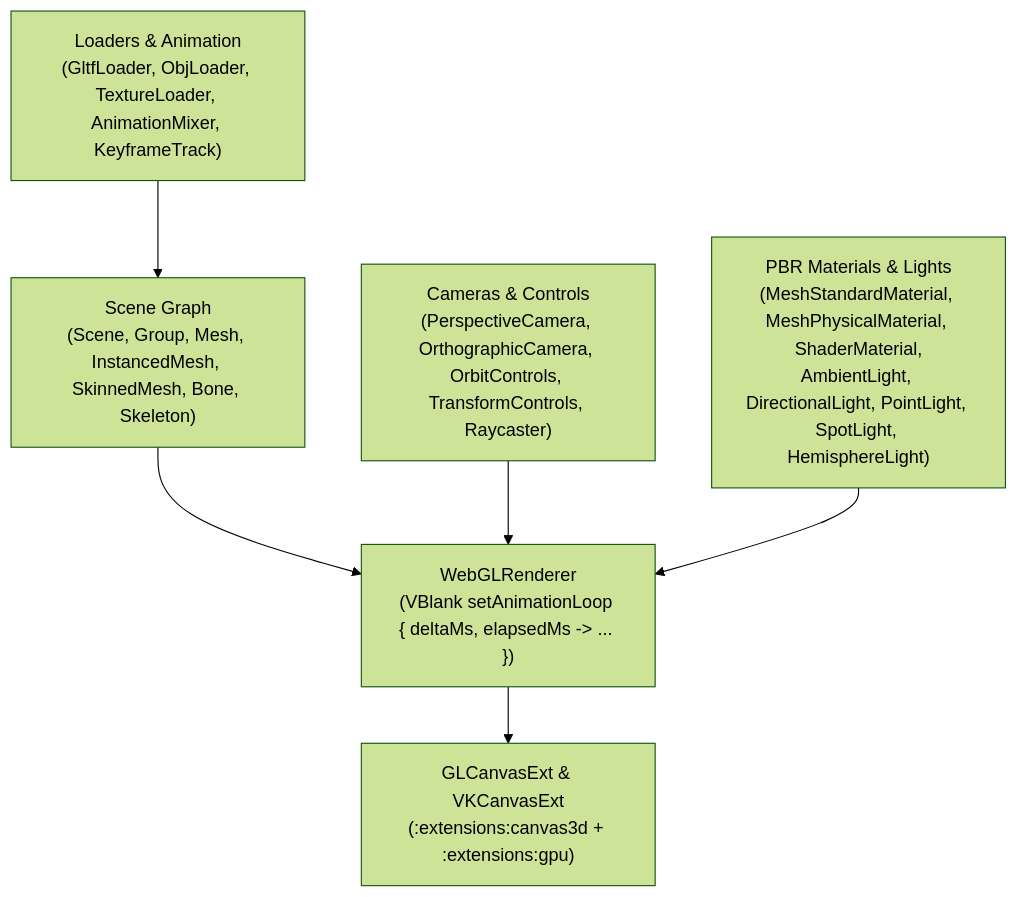
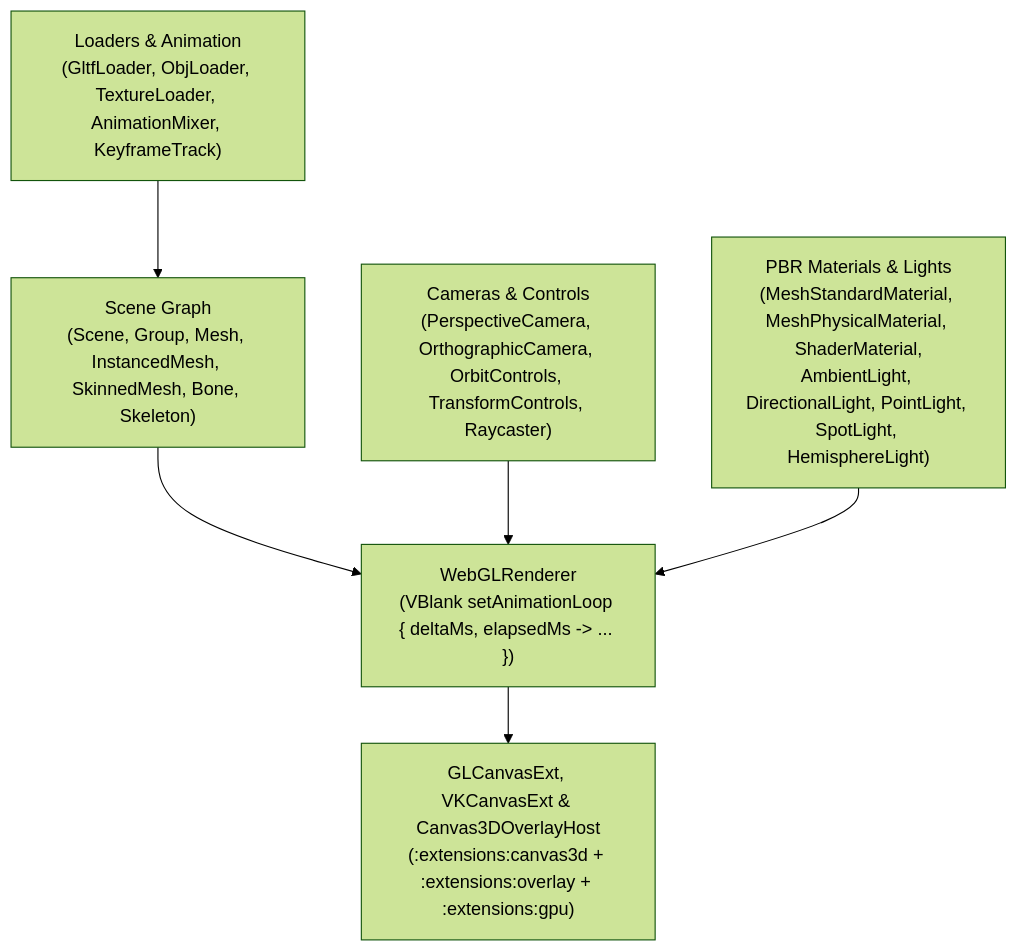
The diagram in docs/threejs.md (GenericUI/Extensions), drawn with Mermaid (forest theme) before and after one commit. The commit also changed other lines of this file and 316 other files, not shown here.

Commit message:
feat(extensions): add :overlay and :mediacontrols, restructure submodules to systemCommon/nativeCommon/common, and add hybrid layout DSL

````diff
--- a/docs/threejs.md
+++ b/docs/threejs.md
@@ -11,15 +11,15 @@
 ```mermaid
 flowchart TD
     SceneGraph["Scene Graph<br/>(Scene, Group, Mesh, InstancedMesh, SkinnedMesh, Bone, Skeleton)"]
     CamerasAndControls["Cameras & Controls<br/>(PerspectiveCamera, OrthographicCamera, OrbitControls, TransformControls, Raycaster)"]
     MaterialsAndLights["PBR Materials & Lights<br/>(MeshStandardMaterial, MeshPhysicalMaterial, ShaderMaterial,<br/>AmbientLight, DirectionalLight, PointLight, SpotLight, HemisphereLight)"]
     LoadersAndAnim["Loaders & Animation<br/>(GltfLoader, ObjLoader, TextureLoader, AnimationMixer, KeyframeTrack)"]
     Renderer["WebGLRenderer<br/>(VBlank setAnimationLoop { deltaMs, elapsedMs -> ... })"]
-    Canvases["GLCanvasExt & VKCanvasExt<br/>(:extensions:canvas3d + :extensions:gpu)"]
+    Canvases["GLCanvasExt, VKCanvasExt & Canvas3DOverlayHost<br/>(:extensions:canvas3d + :extensions:overlay + :extensions:gpu)"]
 
     SceneGraph --> Renderer
     CamerasAndControls --> Renderer
     MaterialsAndLights --> Renderer
     LoadersAndAnim --> SceneGraph
     Renderer --> Canvases
 ```
````
